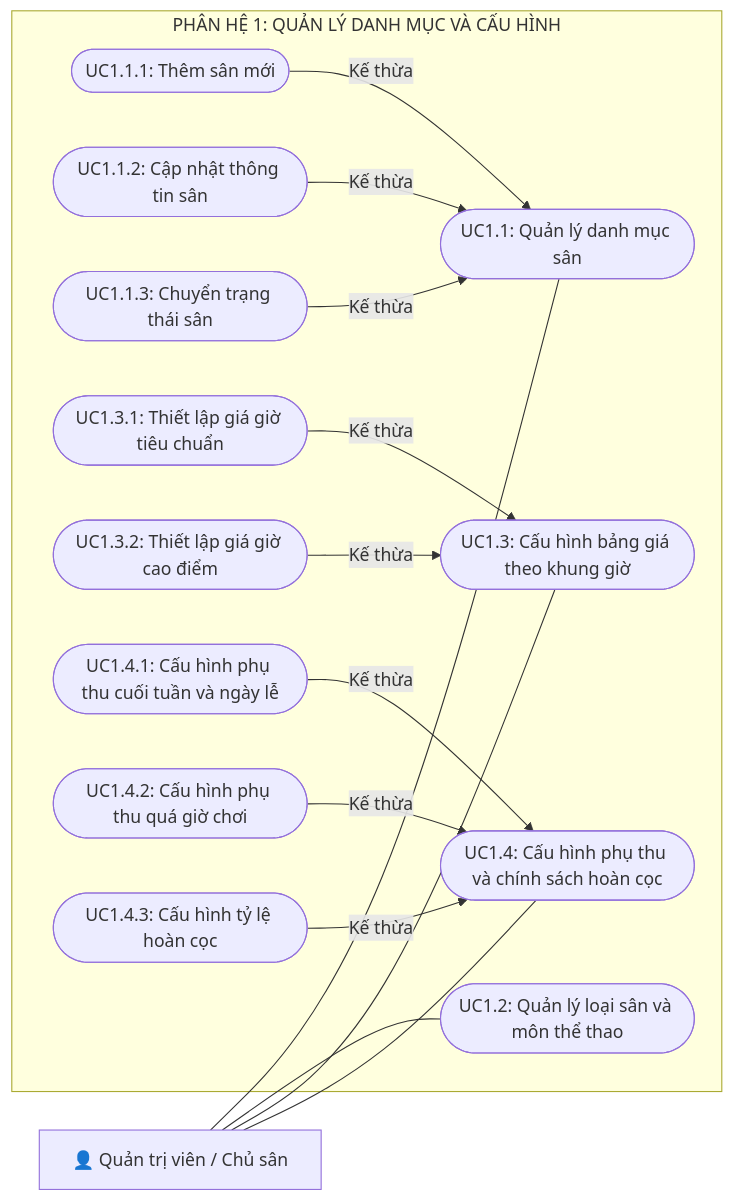
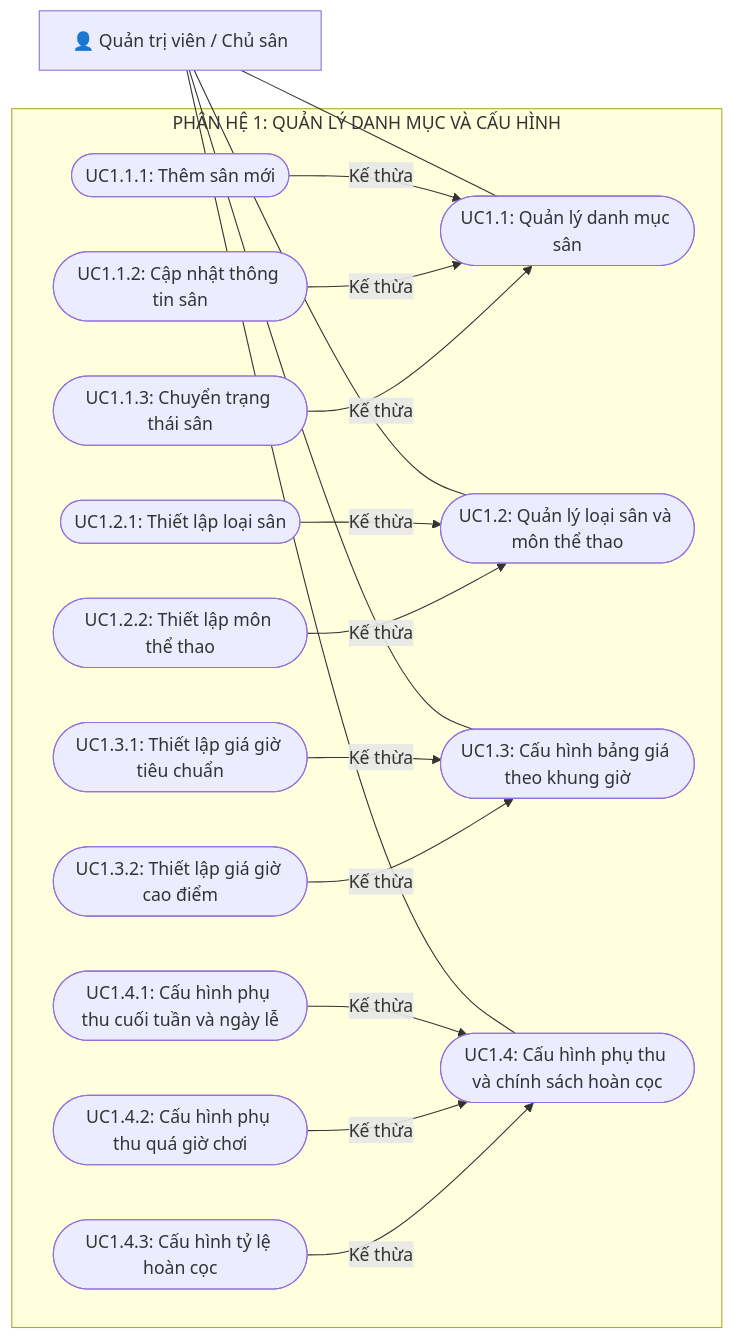
One commit to nphat-code/DoAn-OOAD-SGU changed the third of 7 diagrams in BTH/BTH3_UsecaseDiagram/BTH3_UsecaseDiagram.md. Above: the diagram before and after it, drawn with Mermaid. The commit also changed other lines of this file and 2 other files, not shown here.

Commit message:
feat(bth3): add UC1.2.1 and UC1.2.2 sub use cases to Phân hệ 1

````diff
--- a/BTH/BTH3_UsecaseDiagram/BTH3_UsecaseDiagram.md
+++ b/BTH/BTH3_UsecaseDiagram/BTH3_UsecaseDiagram.md
@@ -103,37 +103,43 @@
 ```mermaid
 flowchart LR
     Admin["👤 Quản trị viên / Chủ sân"]
 
     subgraph Subsystem1 ["PHÂN HỆ 1: QUẢN LÝ DANH MỤC VÀ CẤU HÌNH"]
         UC11(["UC1.1: Quản lý danh mục sân"])
         UC111(["UC1.1.1: Thêm sân mới"])
         UC112(["UC1.1.2: Cập nhật thông tin sân"])
         UC113(["UC1.1.3: Chuyển trạng thái sân"])
 
         UC12(["UC1.2: Quản lý loại sân và môn thể thao"])
+        UC121(["UC1.2.1: Thiết lập loại sân"])
+        UC122(["UC1.2.2: Thiết lập môn thể thao"])
+
         UC13(["UC1.3: Cấu hình bảng giá theo khung giờ"])
         UC131(["UC1.3.1: Thiết lập giá giờ tiêu chuẩn"])
         UC132(["UC1.3.2: Thiết lập giá giờ cao điểm"])
 
         UC14(["UC1.4: Cấu hình phụ thu và chính sách hoàn cọc"])
         UC141(["UC1.4.1: Cấu hình phụ thu cuối tuần và ngày lễ"])
         UC142(["UC1.4.2: Cấu hình phụ thu quá giờ chơi"])
         UC143(["UC1.4.3: Cấu hình tỷ lệ hoàn cọc"])
     end
 
     Admin --- UC11
     Admin --- UC12
     Admin --- UC13
     Admin --- UC14
 
     UC111 -->|Kế thừa| UC11
     UC112 -->|Kế thừa| UC11
     UC113 -->|Kế thừa| UC11
 
+    UC121 -->|Kế thừa| UC12
+    UC122 -->|Kế thừa| UC12
+
     UC131 -->|Kế thừa| UC13
     UC132 -->|Kế thừa| UC13
 
     UC141 -->|Kế thừa| UC14
     UC142 -->|Kế thừa| UC14
     UC143 -->|Kế thừa| UC14
 ```
````
